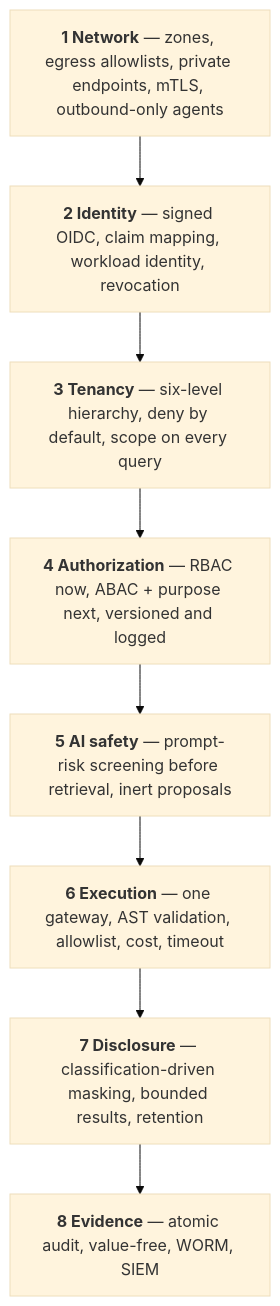
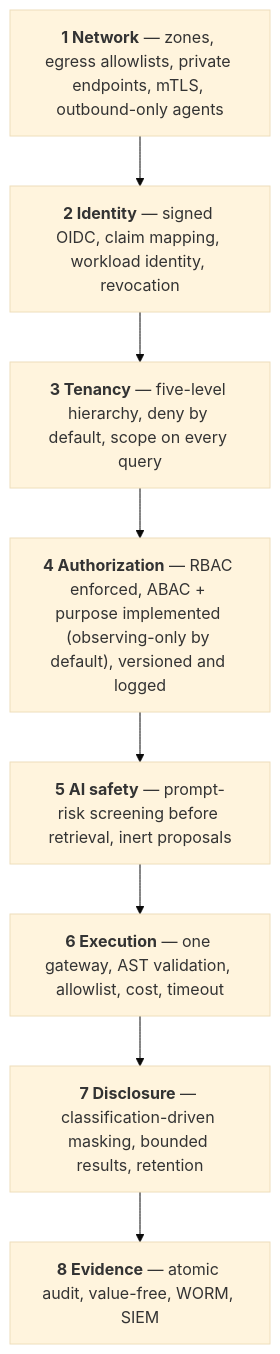
One commit to karuppusamym/AIDataAnalyst changed the diagram in Docs/50-security/01-security-architecture.md. Above: the diagram before and after it, drawn with Mermaid (base theme). The commit also changed other lines of this file and 67 other files, not shown here.

````diff
--- a/Docs/50-security/01-security-architecture.md
+++ b/Docs/50-security/01-security-architecture.md
@@ -44,12 +44,12 @@
 ```mermaid
 flowchart TB
     L1["<b>1 Network</b> — zones, egress allowlists, private endpoints, mTLS, outbound-only agents"]
     L2["<b>2 Identity</b> — signed OIDC, claim mapping, workload identity, revocation"]
-    L3["<b>3 Tenancy</b> — six-level hierarchy, deny by default, scope on every query"]
-    L4["<b>4 Authorization</b> — RBAC now, ABAC + purpose next, versioned and logged"]
+    L3["<b>3 Tenancy</b> — five-level hierarchy, deny by default, scope on every query"]
+    L4["<b>4 Authorization</b> — RBAC enforced, ABAC + purpose implemented (observing-only by default), versioned and logged"]
     L5["<b>5 AI safety</b> — prompt-risk screening before retrieval, inert proposals"]
     L6["<b>6 Execution</b> — one gateway, AST validation, allowlist, cost, timeout"]
     L7["<b>7 Disclosure</b> — classification-driven masking, bounded results, retention"]
     L8["<b>8 Evidence</b> — atomic audit, value-free, WORM, SIEM"]
     L1 --> L2 --> L3 --> L4 --> L5 --> L6 --> L7 --> L8
 ```
````
